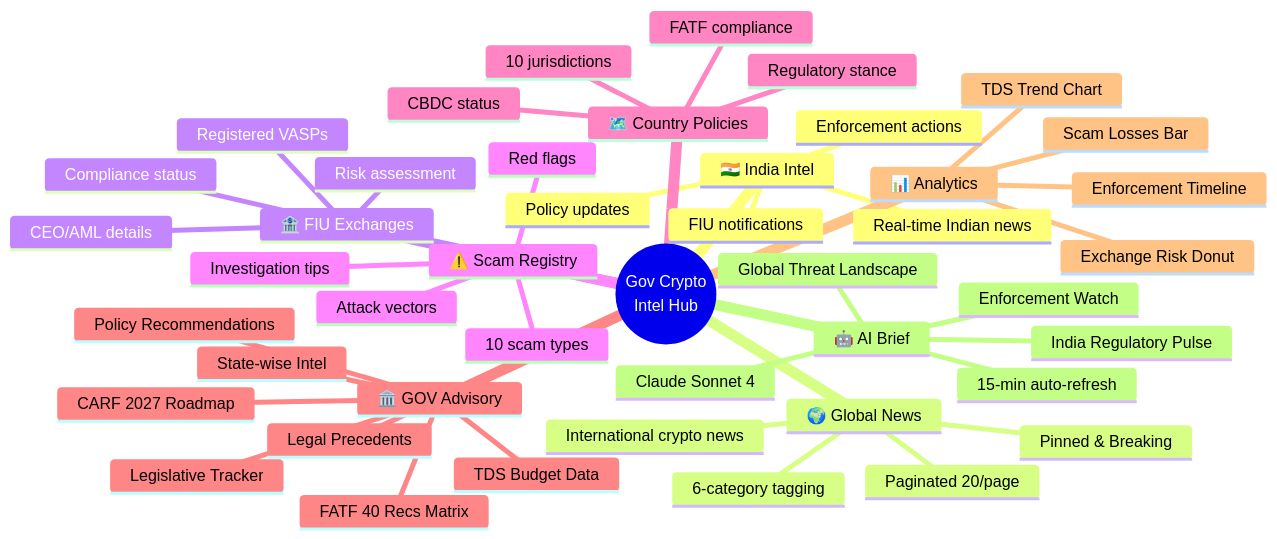
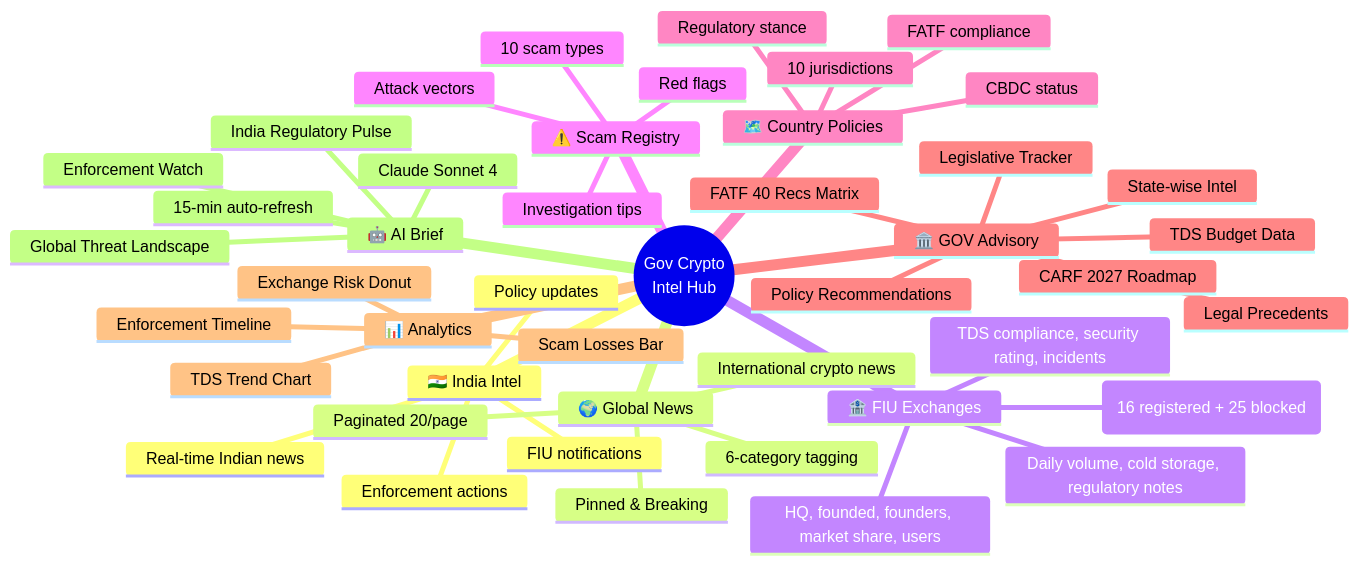
One commit to nishant-uxs/gov-crypto-intel-hub changed the third of 8 diagrams in README.md. Above: the diagram before and after it, drawn with Mermaid. The commit also changed other lines of this file and 1 other file, not shown here.

````diff
--- a/README.md
+++ b/README.md
@@ -107,48 +107,48 @@
 ```mermaid
 mindmap
   root((Gov Crypto<br/>Intel Hub))
     🇮🇳 India Intel
       Real-time Indian news
       Policy updates
       Enforcement actions
       FIU notifications
     🌍 Global News
       International crypto news
       6-category tagging
       Pinned & Breaking
       Paginated 20/page
     🏦 FIU Exchanges
-      Registered VASPs
-      Risk assessment
-      Compliance status
-      CEO/AML details
+      41 real exchanges (16 registered + 25 blocked)
+      HQ, founded, founders, market share, users
+      TDS compliance, security rating, incidents
+      Daily volume, cold storage, regulatory notes
     ⚠️ Scam Registry
       10 scam types
       Attack vectors
       Red flags
       Investigation tips
     🗺️ Country Policies
       10 jurisdictions
       Regulatory stance
       FATF compliance
       CBDC status
     🏛️ GOV Advisory
       Legislative Tracker
       FATF 40 Recs Matrix
       TDS Budget Data
       State-wise Intel
       CARF 2027 Roadmap
       Policy Recommendations
       Legal Precedents
     📊 Analytics
       TDS Trend Chart
       Enforcement Timeline
       Exchange Risk Donut
       Scam Losses Bar
     🤖 AI Brief
       Claude Sonnet 4
       India Regulatory Pulse
       Global Threat Landscape
       Enforcement Watch
       15-min auto-refresh
 ```
````
